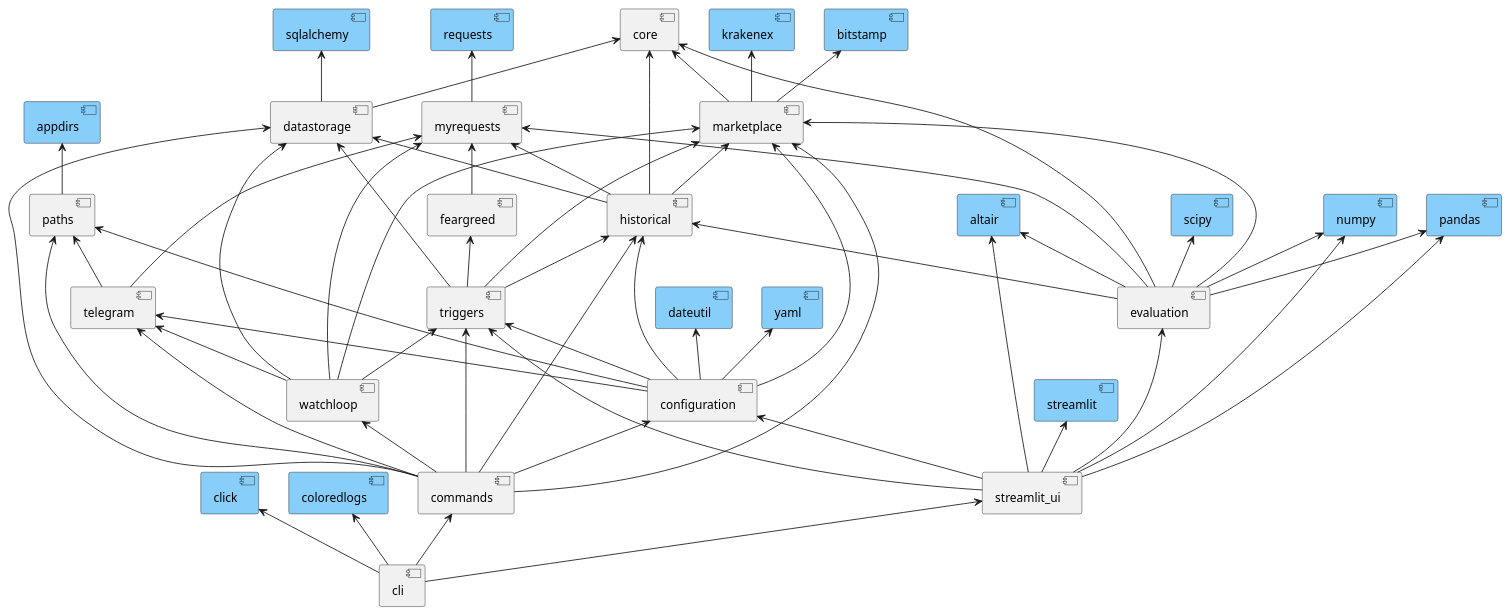
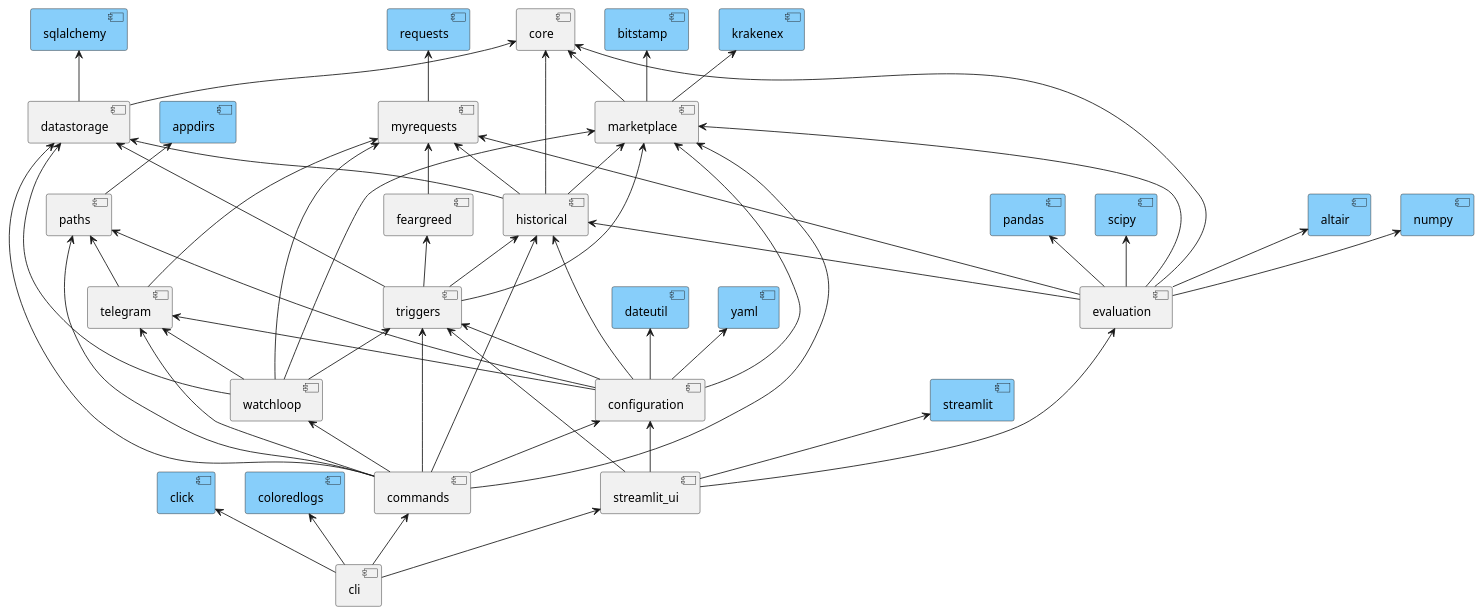
One commit to martin-ueding/vigilant-crypto-snatch changed the diagram in docs/dev/graphs/_components.puml. Above: the diagram before and after it, drawn with PlantUML. The commit also changed 1 other file, not shown here.

```diff
--- a/docs/dev/graphs/_components.puml
+++ b/docs/dev/graphs/_components.puml
@@ -1,111 +1,108 @@
 @startuml
 
 component altair #lightskyblue
 component appdirs #lightskyblue
 component bitstamp #lightskyblue
 component click #lightskyblue
 component coloredlogs #lightskyblue
 component dateutil #lightskyblue
 component krakenex #lightskyblue
 component numpy #lightskyblue
 component pandas #lightskyblue
 component requests #lightskyblue
 component scipy #lightskyblue
 component sqlalchemy #lightskyblue
 component streamlit #lightskyblue
 component yaml #lightskyblue
 
 component cli
 component commands
 component configuration
 component core
 component datastorage
 component evaluation
 component feargreed
 component historical
 component marketplace
 component myrequests
 component paths
 component streamlit_ui
 component telegram
 component triggers
 component watchloop
 
 commands <-- cli
 streamlit_ui <-- cli
 
 click <-- cli
 coloredlogs <-- cli
 
 configuration <-- commands
 datastorage <-- commands
 historical <-- commands
 marketplace <-- commands
 paths <-- commands
 telegram <-- commands
 triggers <-- commands
 watchloop <-- commands
 
 historical <-- configuration
 marketplace <-- configuration
 paths <-- configuration
 telegram <-- configuration
 triggers <-- configuration
 
 yaml <-- configuration
 dateutil <-- configuration
 
 core <-- datastorage
 
 sqlalchemy <-- datastorage
 
 core <-- evaluation
 historical <-- evaluation
 marketplace <-- evaluation
 myrequests <-- evaluation
 
 numpy <-- evaluation
 pandas <-- evaluation
 scipy <-- evaluation
 altair <-- evaluation
 
 myrequests <-- feargreed
 
 core <-- historical
 datastorage <-- historical
 marketplace <-- historical
 myrequests <-- historical
 
 core <-- marketplace
 
 bitstamp <-- marketplace
 krakenex <-- marketplace
 
 requests <-- myrequests
 
 appdirs <-- paths
 
 configuration <-- streamlit_ui
 evaluation <-- streamlit_ui
 triggers <-- streamlit_ui
 
-altair <-- streamlit_ui
-numpy <-- streamlit_ui
-pandas <-- streamlit_ui
 streamlit <-- streamlit_ui
 
 myrequests <-- telegram
 paths <-- telegram
 
 datastorage <-- triggers
 feargreed <-- triggers
 historical <-- triggers
 marketplace <-- triggers
 
 datastorage <-- watchloop
 marketplace <-- watchloop
 myrequests <-- watchloop
 telegram <-- watchloop
 triggers <-- watchloop
 
 @enduml
```
